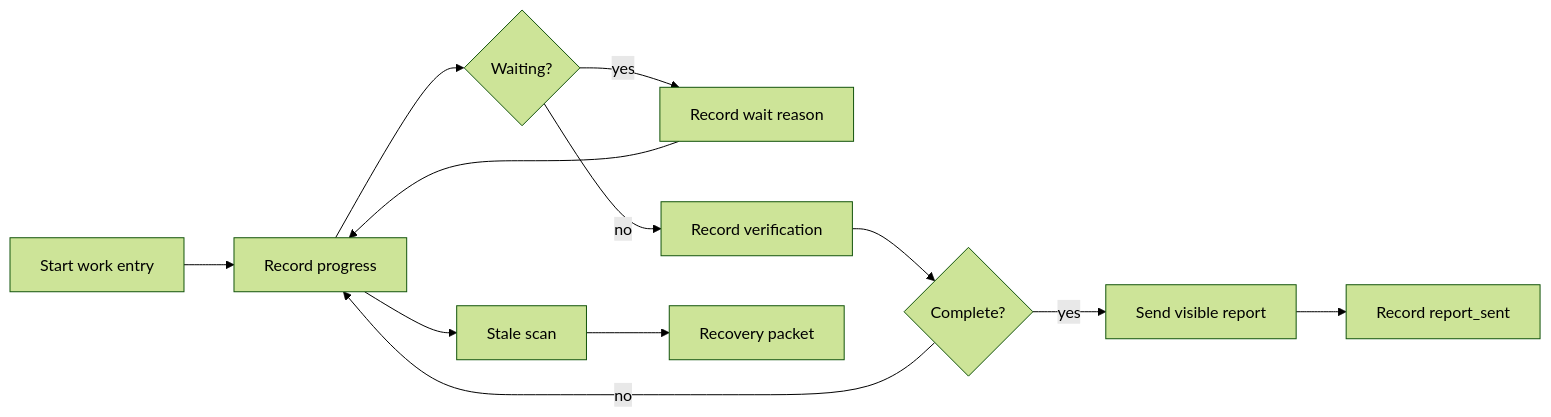
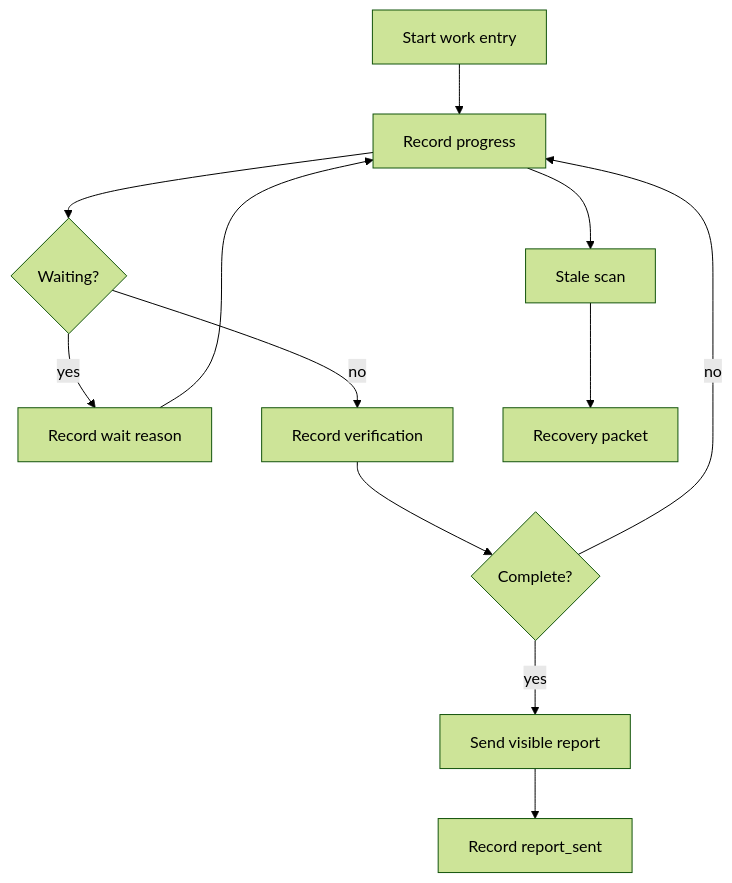
Before and after one commit to moonhwilee/openclaw-ledger: the diagram in README.md, drawn with Mermaid (forest theme). The commit also changed other lines of this file and 1 other file, not shown here.

````diff
--- a/README.md
+++ b/README.md
@@ -9,14 +9,14 @@
 ```mermaid
-flowchart LR
+flowchart TD
   A[Start work entry] --> B[Record progress]
   B --> C{Waiting?}
   C -- yes --> D[Record wait reason]
   C -- no --> E[Record verification]
   D --> B
   E --> F{Complete?}
   F -- no --> B
   F -- yes --> G[Send visible report]
   G --> H[Record report_sent]
   B --> I[Stale scan]
   I --> J[Recovery packet]
 ```
````
